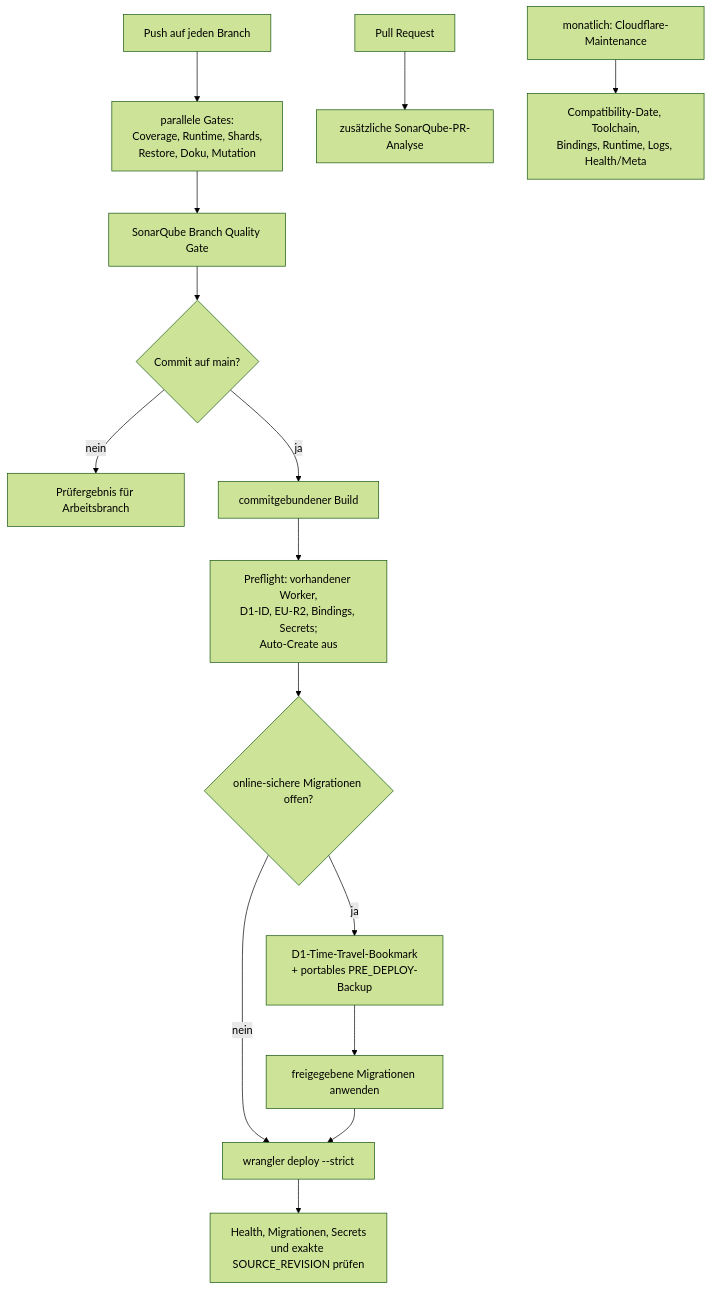
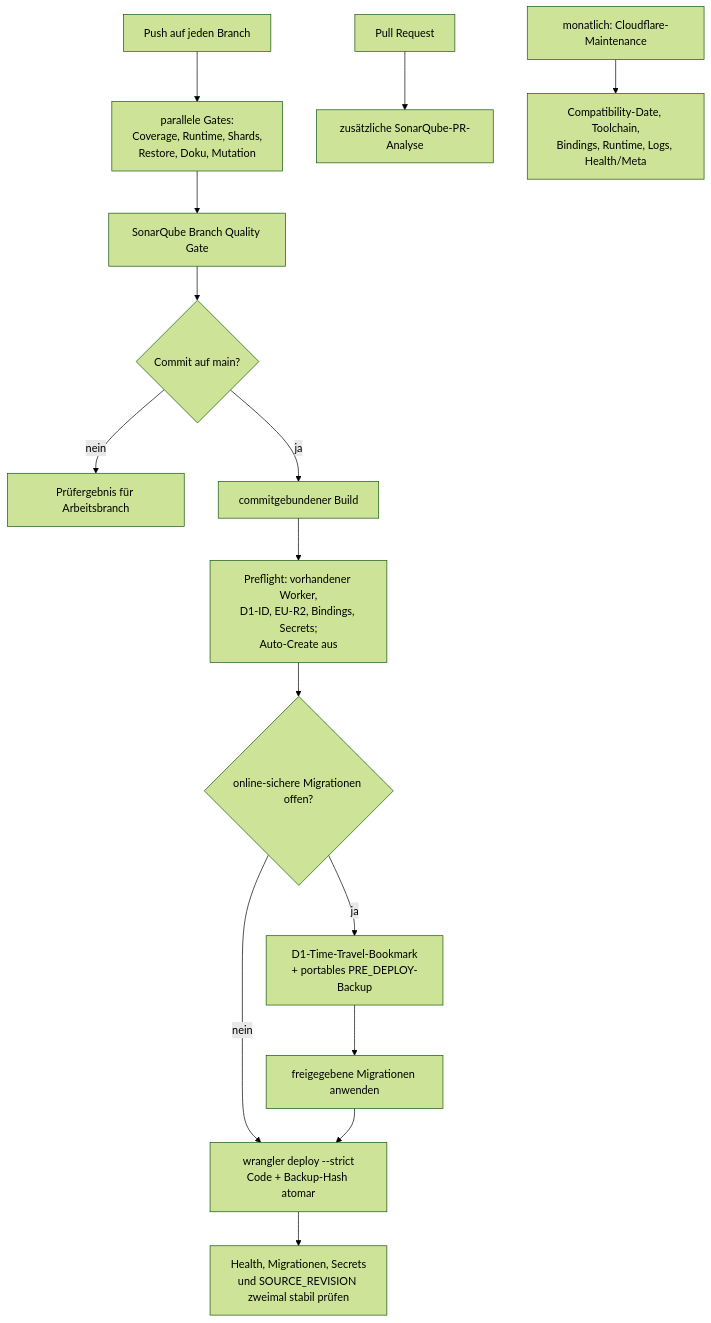
The second of 2 diagrams in docs/architecture/arc42/07-verteilungssicht.md (aguther/rundflug-leitstand), drawn with Mermaid (forest theme) before and after one commit. The commit also changed other lines of this file and 10 other files, not shown here.

````diff
--- a/docs/architecture/arc42/07-verteilungssicht.md
+++ b/docs/architecture/arc42/07-verteilungssicht.md
@@ -84,18 +84,18 @@
 ```mermaid
 flowchart TB
     PUSH["Push auf jeden Branch"] --> CI["parallele Gates:<br/>Coverage, Runtime, Shards,<br/>Restore, Doku, Mutation"]
     CI --> SONAR["SonarQube Branch Quality Gate"]
     PR["Pull Request"] --> PRSONAR["zusätzliche SonarQube-PR-Analyse"]
     SONAR --> MAIN{"Commit auf main?"}
     MAIN -->|"nein"| DONE["Prüfergebnis für Arbeitsbranch"]
     MAIN -->|"ja"| BUILD["commitgebundener Build"]
     BUILD --> PREFLIGHT["Preflight: vorhandener Worker,<br/>D1-ID, EU-R2, Bindings, Secrets;<br/>Auto-Create aus"]
     PREFLIGHT --> MIG{"online-sichere Migrationen offen?"}
-    MIG -->|"nein"| DEP["wrangler deploy --strict"]
+    MIG -->|"nein"| DEP["wrangler deploy --strict<br/>Code + Backup-Hash atomar"]
     MIG -->|"ja"| BACKUP["D1-Time-Travel-Bookmark<br/>+ portables PRE_DEPLOY-Backup"]
     BACKUP --> APPLY["freigegebene Migrationen anwenden"]
     APPLY --> DEP
-    DEP --> VERIFY["Health, Migrationen, Secrets<br/>und exakte SOURCE_REVISION prüfen"]
+    DEP --> VERIFY["Health, Migrationen, Secrets<br/>und SOURCE_REVISION zweimal stabil prüfen"]
     MON["monatlich: Cloudflare-Maintenance"]
     MON --> RUNTIME["Compatibility-Date, Toolchain,<br/>Bindings, Runtime, Logs, Health/Meta"]
 ```
````
